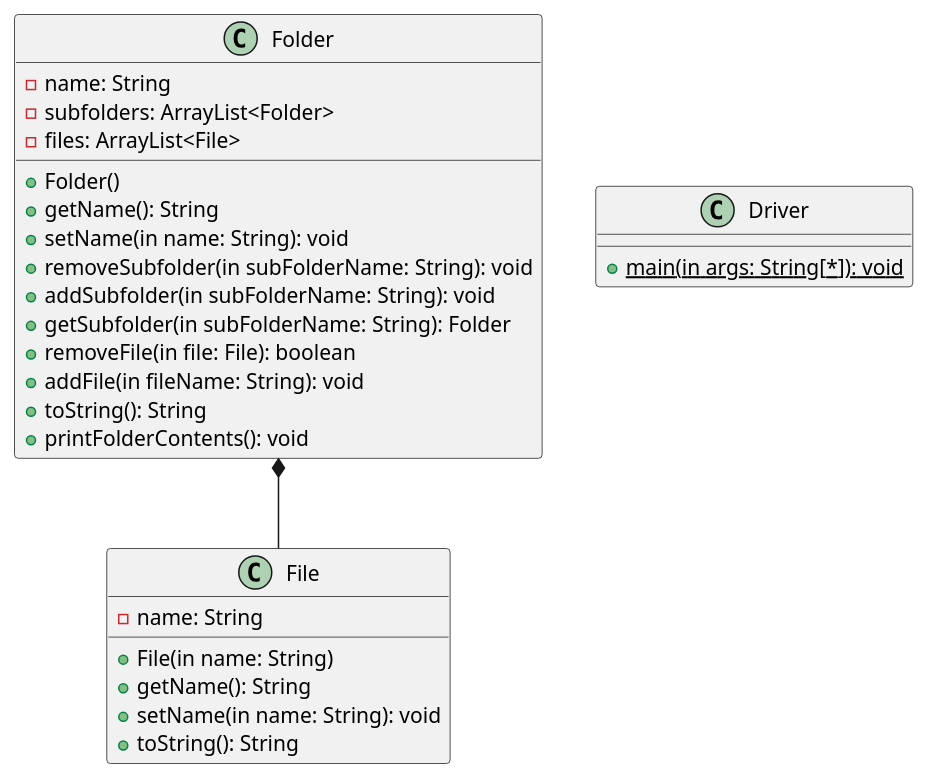
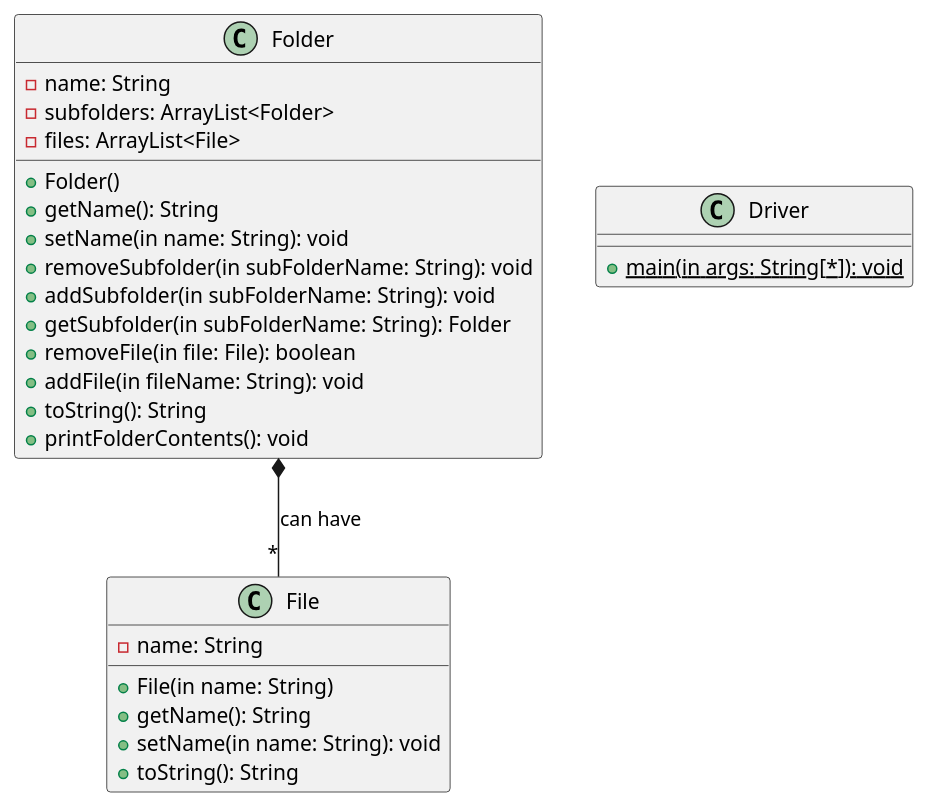
One commit to Simon-D-Nguyen/CS-4800HW3 changed the diagram in ClassDiagrams/Composition.puml. Above: the diagram before and after it, drawn with PlantUML. The commit also changed 1 other file, not shown here.

Commit message:
added multiplicity for Class Diagrams

```diff
--- a/ClassDiagrams/Composition.puml
+++ b/ClassDiagrams/Composition.puml
@@ -1,37 +1,37 @@
 @startuml
 'https://plantuml.com/class-diagram
 
 class File {
 - name: String
 
 + File(in name: String)
 + getName(): String
 + setName(in name: String): void
 + toString(): String
 }
 
 
 class Folder {
 - name: String
 - subfolders: ArrayList<Folder>
 - files: ArrayList<File>
 
 + Folder()
 + getName(): String
 + setName(in name: String): void
 + removeSubfolder(in subFolderName: String): void
 + addSubfolder(in subFolderName: String): void
 + getSubfolder(in subFolderName: String): Folder
 + removeFile(in file: File): boolean
 + addFile(in fileName: String): void
 + toString(): String
 + printFolderContents(): void
 }
 
-Folder *-- File
+Folder *-- "*" File : "can have"
 
 class Driver {
 + {static} main(in args: String[*]): void
 }
 
 @enduml
```
